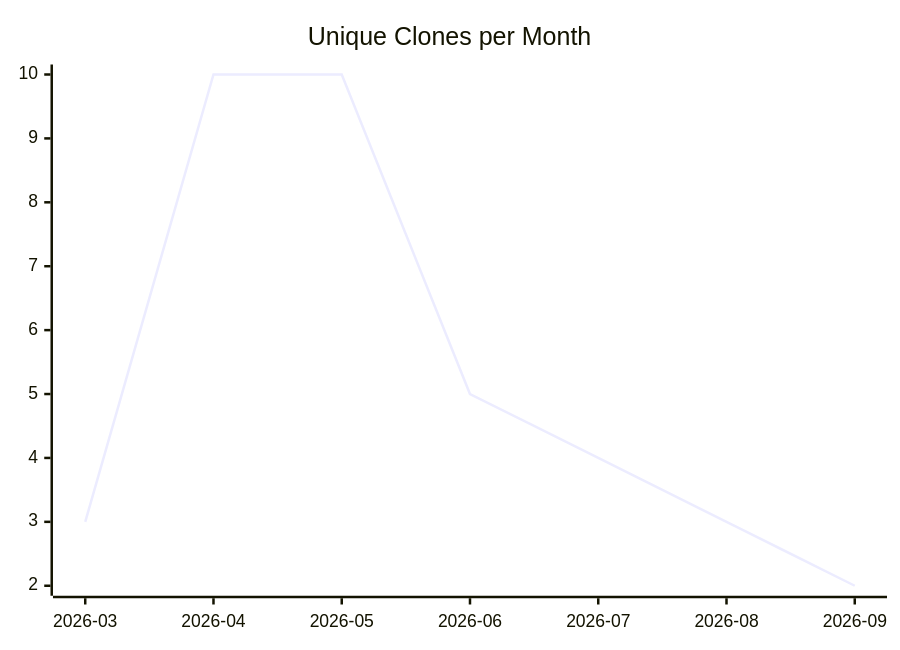
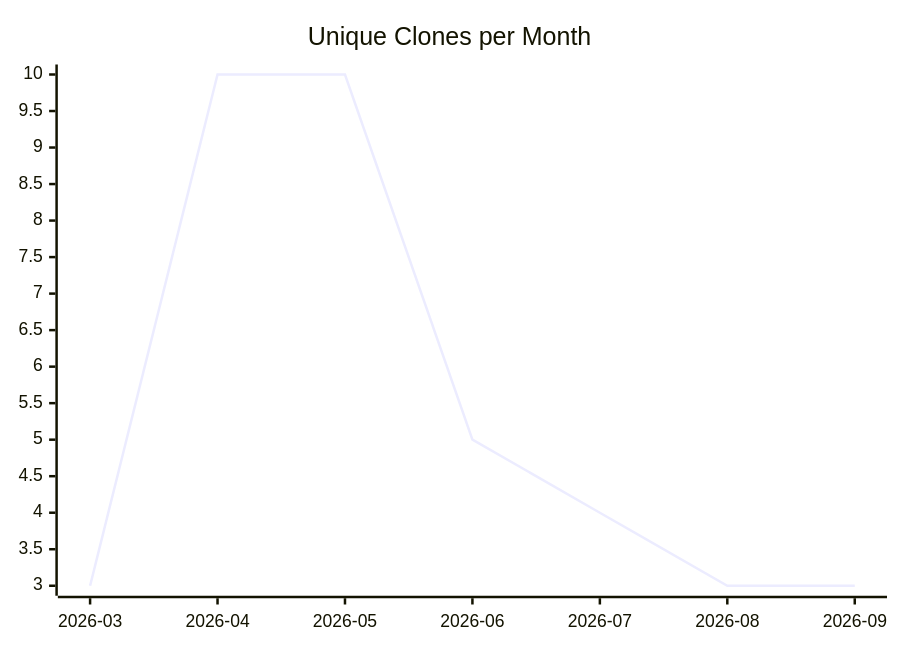
The third of 3 diagrams in karlmdavis/can-i-kayak-baltimore/README.md (justdavis-family/github-analytics-data), drawn with Mermaid before and after one commit. The commit also changed other lines of this file and 189 other files, not shown here.

````diff
--- a/karlmdavis/can-i-kayak-baltimore/README.md
+++ b/karlmdavis/can-i-kayak-baltimore/README.md
@@ -19,6 +19,6 @@
 ```mermaid
 xychart-beta
   title "Unique Clones per Month"
   x-axis ["2026-03", "2026-04", "2026-05", "2026-06", "2026-07", "2026-08", "2026-09"]
-  line [3, 10, 10, 5, 4, 3, 2]
+  line [3, 10, 10, 5, 4, 3, 3]
 ```
````
